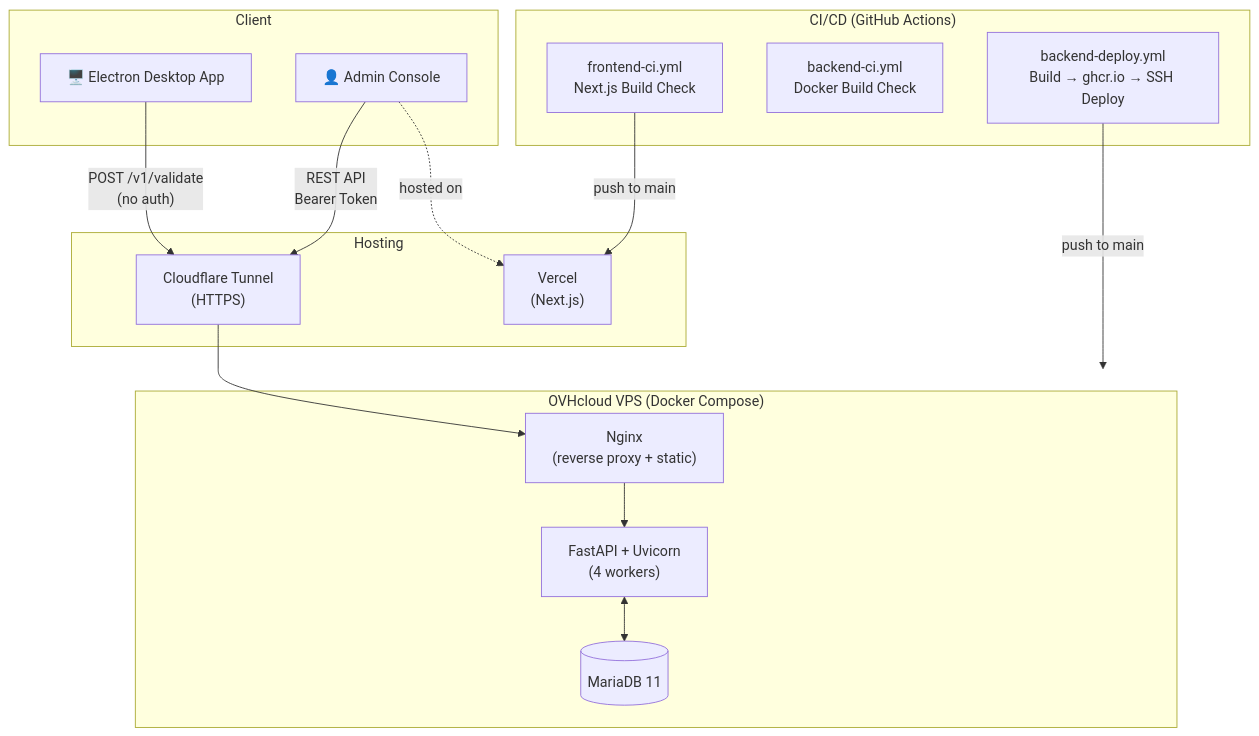
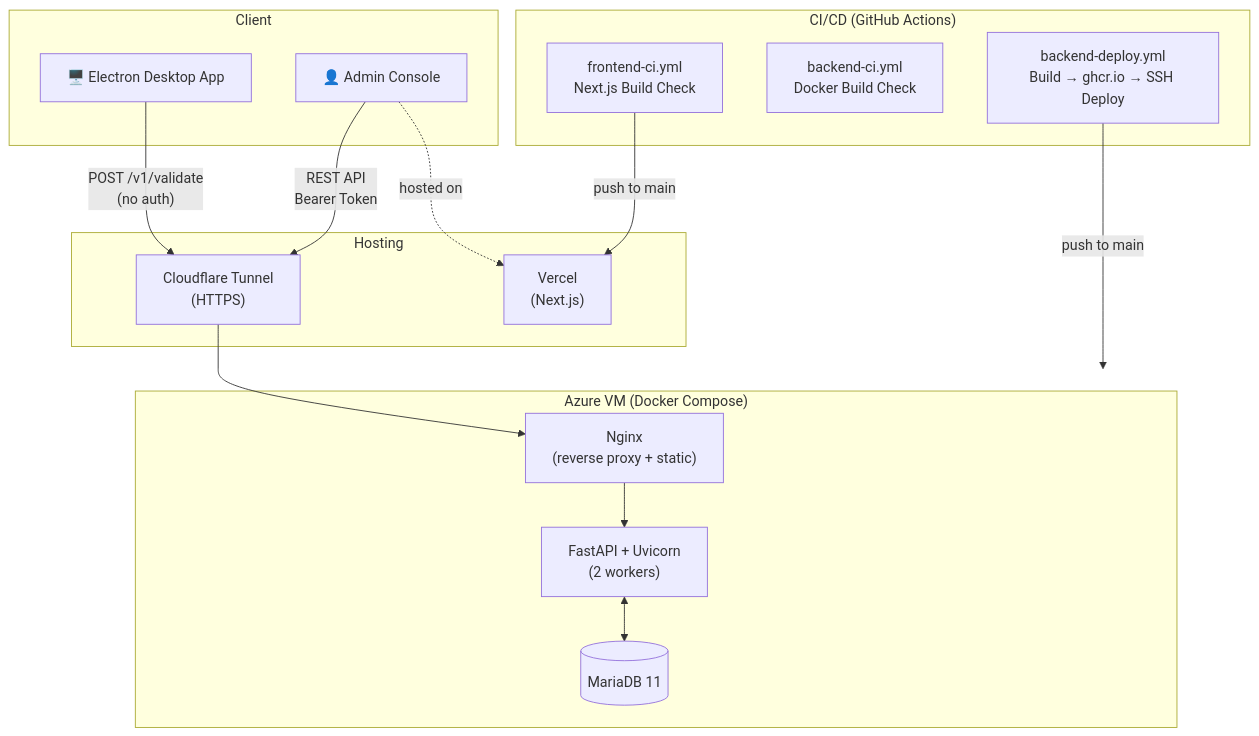
The diagram in README.md (sjsylee/license-system), drawn with Mermaid before and after one commit. The commit also changed other lines of this file and 3 other files, not shown here.

Commit message:
feat: migrate to Azure VM and reduce uvicorn workers to 2

````diff
--- a/README.md
+++ b/README.md
@@ -67,35 +67,35 @@
 ```mermaid
 graph TB
     subgraph Client["Client"]
         APP["🖥️ Electron Desktop App"]
         ADMIN["👤 Admin Console"]
     end
 
     subgraph Hosting["Hosting"]
         PAGES["Vercel\n(Next.js)"]
         TUNNEL["Cloudflare Tunnel\n(HTTPS)"]
     end
 
-    subgraph VPS["OVHcloud VPS (Docker Compose)"]
-        NGINX["Nginx\n(reverse proxy + static)"]
-        API["FastAPI + Uvicorn\n(4 workers)"]
+    subgraph VPS["Azure VM (Docker Compose)"]
+        NGINX["Nginx<br/>(reverse proxy + static)"]
+        API["FastAPI + Uvicorn<br/>(2 workers)"]
         DB[("MariaDB 11")]
     end
 
     subgraph CICD["CI/CD (GitHub Actions)"]
         CI_FE["frontend-ci.yml\nNext.js Build Check"]
         CI_BE["backend-ci.yml\nDocker Build Check"]
         CD_BE["backend-deploy.yml\nBuild → ghcr.io → SSH Deploy"]
     end
 
     APP -->|"POST /v1/validate\n(no auth)"| TUNNEL
     ADMIN -->|"REST API\nBearer Token"| TUNNEL
     TUNNEL --> NGINX
     NGINX --> API
     API <--> DB
 
     ADMIN -.->|hosted on| PAGES
 
     CI_FE -->|"push to main"| PAGES
     CD_BE -->|"push to main"| VPS
 ```
````
